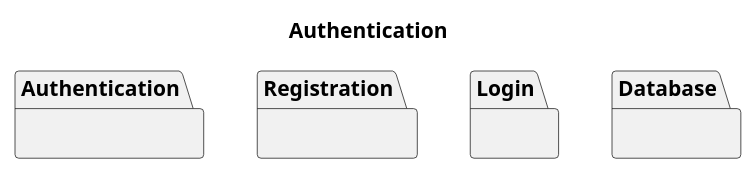
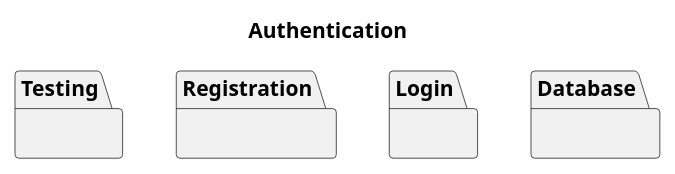
One commit to mnguye49/finalProject changed the diagram in testing/package_init.puml. Above: the diagram before and after it, drawn with PlantUML.

```diff
--- a/testing/package_init.puml
+++ b/testing/package_init.puml
@@ -1,8 +1,8 @@
 @startuml
 title Authentication
-package Authentication {}
+package Testing {}
 package Registration {}
 package Login{}
 package Database{}
 
 @enduml
```
